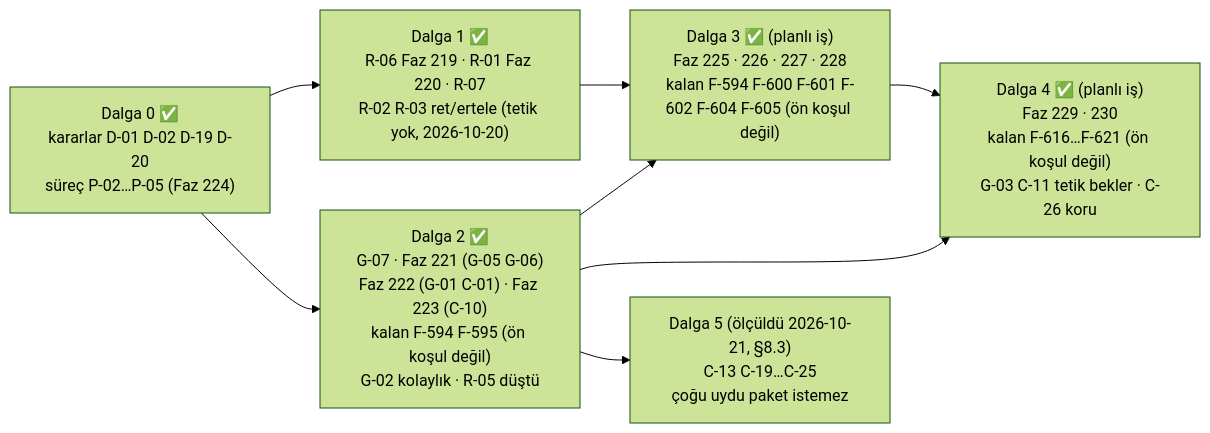
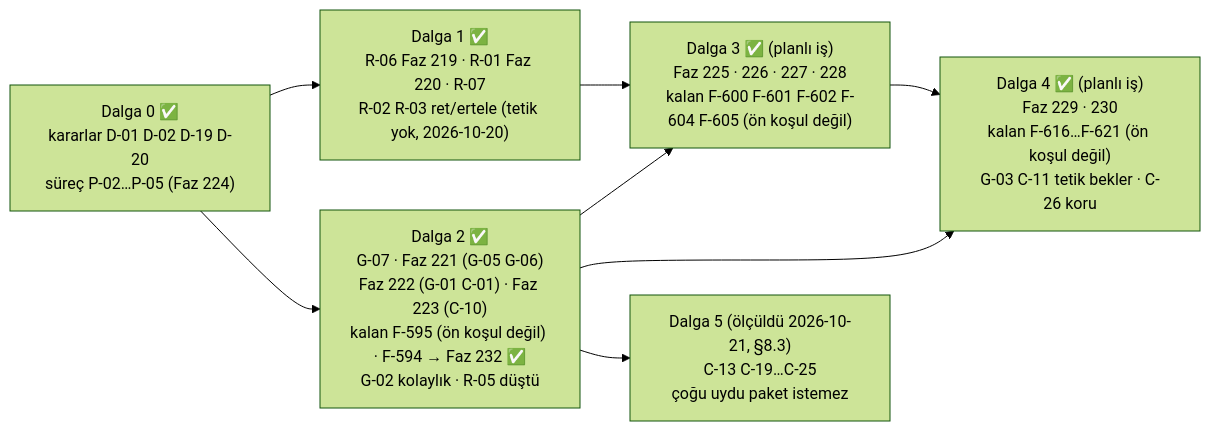
Before and after one commit to farukatasoy/Tracon: the diagram in docs/MAF-KAPSAMA.md, drawn with Mermaid (forest theme). The commit also changed other lines of this file and 45 other files, not shown here.

````diff
--- a/docs/MAF-KAPSAMA.md
+++ b/docs/MAF-KAPSAMA.md
@@ -653,16 +653,16 @@
 ```mermaid
 flowchart LR
     D0["Dalga 0 ✅<br/>kararlar D-01 D-02 D-19 D-20<br/>süreç P-02…P-05 (Faz 224)"]
     D1["Dalga 1 ✅<br/>R-06 Faz 219 · R-01 Faz 220 · R-07<br/>R-02 R-03 ret/ertele (tetik yok, 2026-10-20)"]
-    D2["Dalga 2 ✅<br/>G-07 · Faz 221 (G-05 G-06)<br/>Faz 222 (G-01 C-01) · Faz 223 (C-10)<br/>kalan F-594 F-595 (ön koşul değil)<br/>G-02 kolaylık · R-05 düştü"]
-    D3["Dalga 3 ✅ (planlı iş)<br/>Faz 225 · 226 · 227 · 228<br/>kalan F-594 F-600 F-601 F-602 F-604 F-605 (ön koşul değil)"]
+    D2["Dalga 2 ✅<br/>G-07 · Faz 221 (G-05 G-06)<br/>Faz 222 (G-01 C-01) · Faz 223 (C-10)<br/>kalan F-595 (ön koşul değil) · F-594 → Faz 232 ✅<br/>G-02 kolaylık · R-05 düştü"]
+    D3["Dalga 3 ✅ (planlı iş)<br/>Faz 225 · 226 · 227 · 228<br/>kalan F-600 F-601 F-602 F-604 F-605 (ön koşul değil)"]
     D4["Dalga 4 ✅ (planlı iş)<br/>Faz 229 · 230<br/>kalan F-616…F-621 (ön koşul değil)<br/>G-03 C-11 tetik bekler · C-26 koru"]
     D5["Dalga 5 (ölçüldü 2026-10-21, §8.3)<br/>C-13 C-19…C-25<br/>çoğu uydu paket istemez"]
     D0 --> D1
     D0 --> D2
     D1 --> D3
     D2 --> D3
     D2 --> D4
     D3 --> D4
     D2 --> D5
 ```
````
